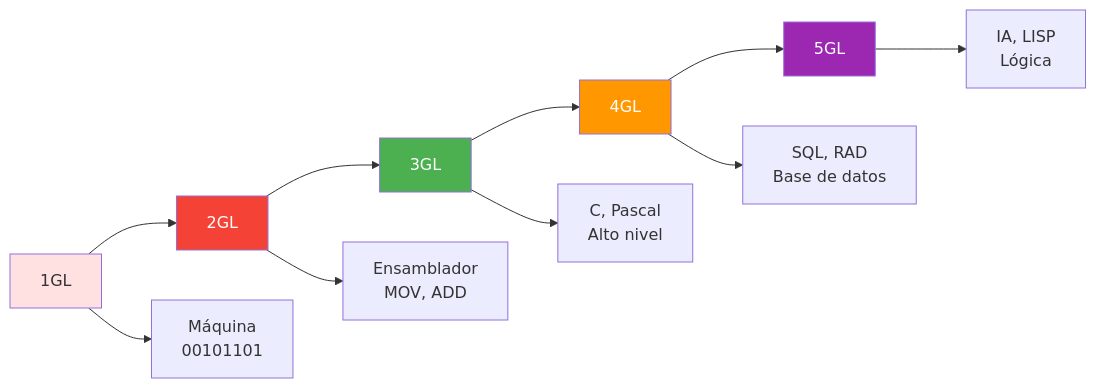
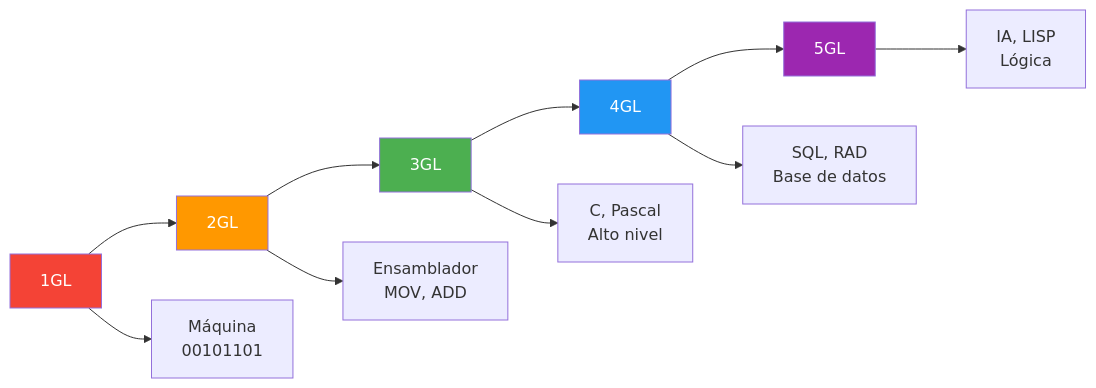
Before and after one commit to joseluisgs/EntornosDesarrollo-01-2026-2027: the sixth of 6 diagrams in 05-lenguajes-programacion.md, drawn with Mermaid. The commit also changed other lines of this file, not shown here.

````diff
--- a/05-lenguajes-programacion.md
+++ b/05-lenguajes-programacion.md
@@ -463,19 +488,19 @@
 ```mermaid
 graph LR
     A[1GL] --> B[2GL]
     B --> C[3GL]
     C --> D[4GL]
     D --> E[5GL]
 
     A --> A1[Máquina<br/>00101101]
     B --> B1[Ensamblador<br/>MOV, ADD]
     C --> C1[C, Pascal<br/>Alto nivel]
     D --> D1[SQL, RAD<br/>Base de datos]
     E --> E1[IA, LISP<br/>Lógica]
 
-    style A fill:#ffe1e1
-    style B fill:#f44336,color:#fff
+    style A fill:#f44336,color:#fff
+    style B fill:#FF9800,color:#fff
     style C fill:#4CAF50,color:#fff
-    style D fill:#FF9800,color:#fff
+    style D fill:#2196F3,color:#fff
     style E fill:#9C27B0,color:#fff
 ```
````
